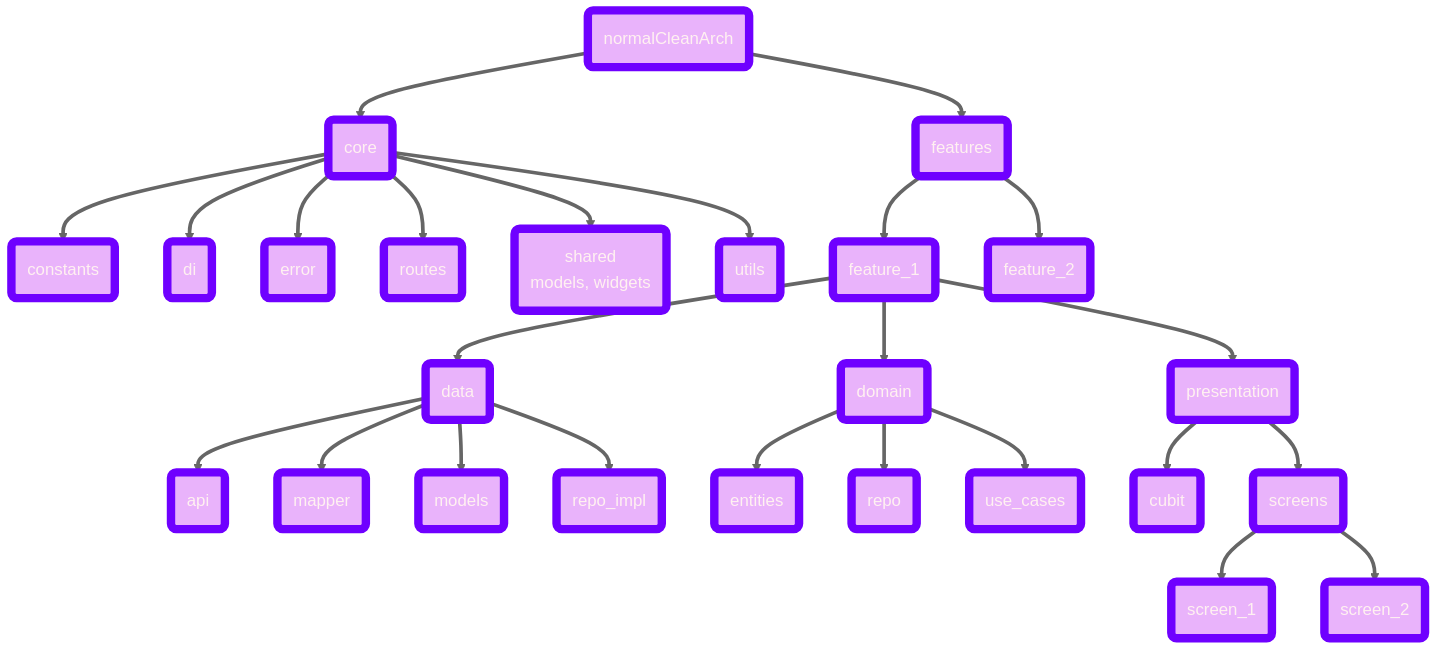
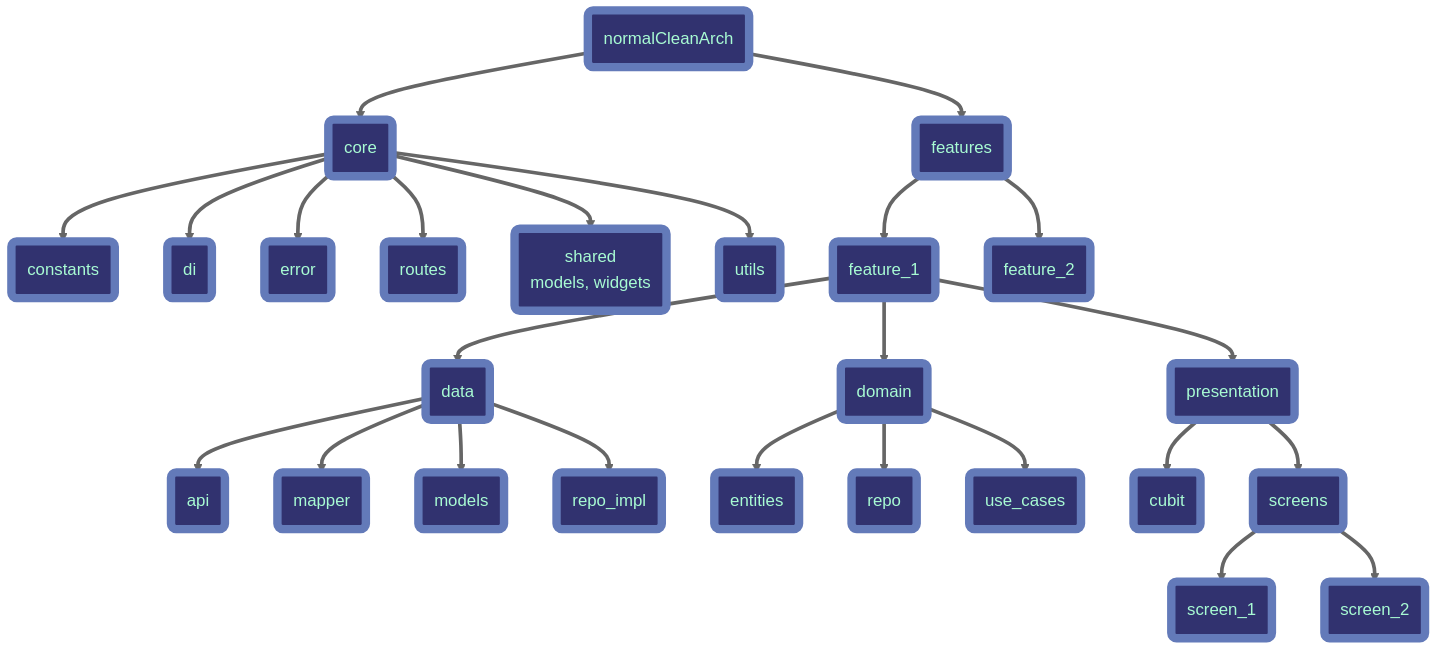
Before and after one commit to Mahm0udbakir/clean_arch: the diagram in README.md, drawn with Mermaid (neutral theme).

Commit message:
Update class definition colors in README.md architecture diagram to a consistent dark theme for improved visual coherence across core, features, and library components.

````diff
--- a/README.md
+++ b/README.md
@@ -5,36 +5,36 @@
 ```mermaid
 graph TD
     A(normalCleanArch) ==> B(core)
     A ==> C(features)
 
     B ==> B1(constants)
     B ==> B2(di)
     B ==> B3(error)
     B ==> B4(routes)
     B ==> B5("shared<br/>models, widgets")
     B ==> B6(utils)
 
     C ==> C1(feature_1)
     C1 ==> C1a(data)
     C1a ==> C1a1(api)
     C1a ==> C1a2(mapper)
     C1a ==> C1a3(models)
     C1a ==> C1a4(repo_impl)
     C1 ==> C1b(domain)
     C1b ==> C1b1(entities)
     C1b ==> C1b2(repo)
     C1b ==> C1b3(use_cases)
     C1 ==> C1c(presentation)
     C1c ==> C1c1(cubit)
     C1c ==> C1c2(screens)
     C1c2 ==> C1c2a(screen_1)
     C1c2 ==> C1c2b(screen_2)
 
     C ==> C2(feature_2)
 
-    classDef core fill:#E9B3FB,stroke:#6F00FF,stroke-width:8px,color:#FFF1F1;
-    classDef features fill:#E9B3FB,stroke:#6F00FF,stroke-width:8px,color:#FFF1F1;
-    classDef lib fill:#E9B3FB,stroke:#6F00FF,stroke-width:8px,color:#FFF1F1;
+    classDef core fill:#31326F,stroke:#637AB9,stroke-width:8px,color:#A8FBD3;
+    classDef features fill:#31326F,stroke:#637AB9,stroke-width:8px,color:#A8FBD3;
+    classDef lib fill:#31326F,stroke:#637AB9,stroke-width:8px,color:#A8FBD3;
     class A,B,B1,B2,B3,B4,B5,B6 core;
     class C,C1,C1a,C1a1,C1a2,C1a3,C1a4,C1b,C1b1,C1b2,C1b3,C1c,C1c1,C1c2,C1c2a,C1c2b,C2 features;
 ```
````
